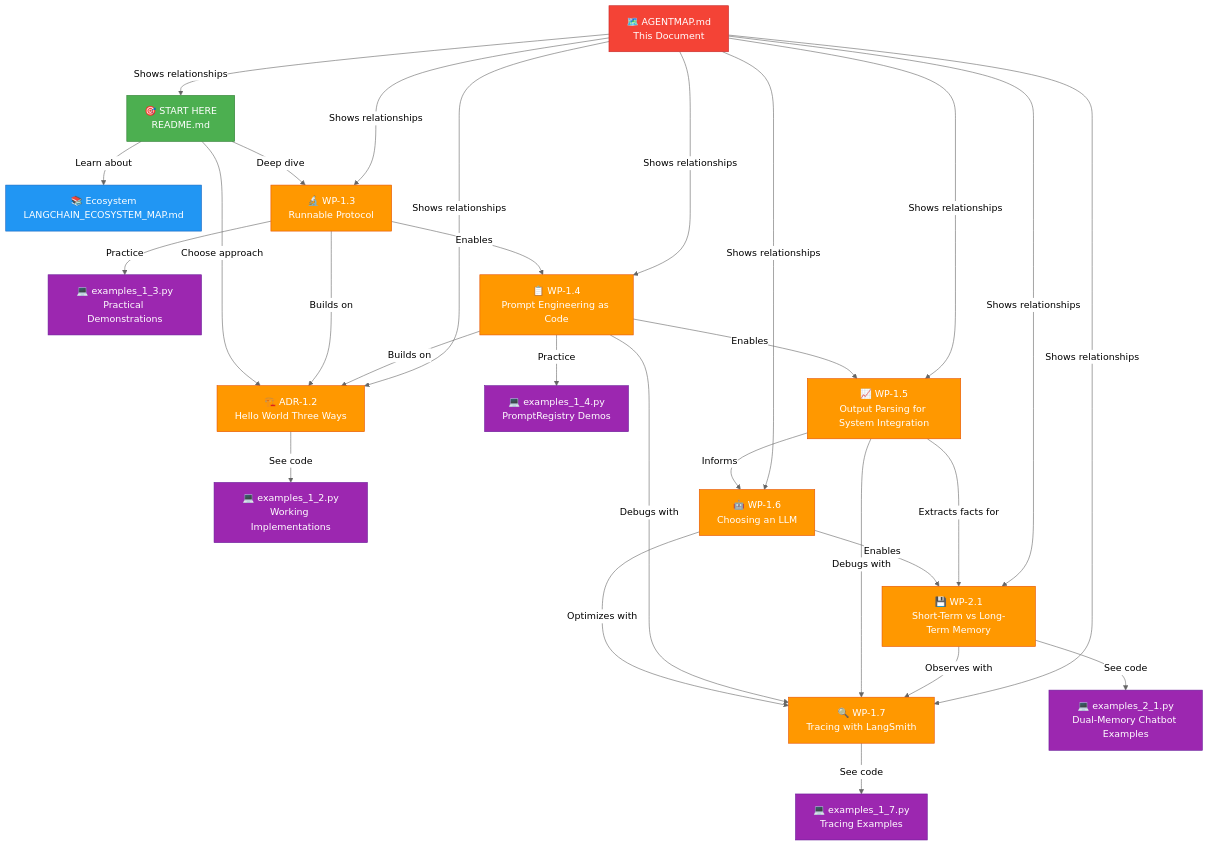
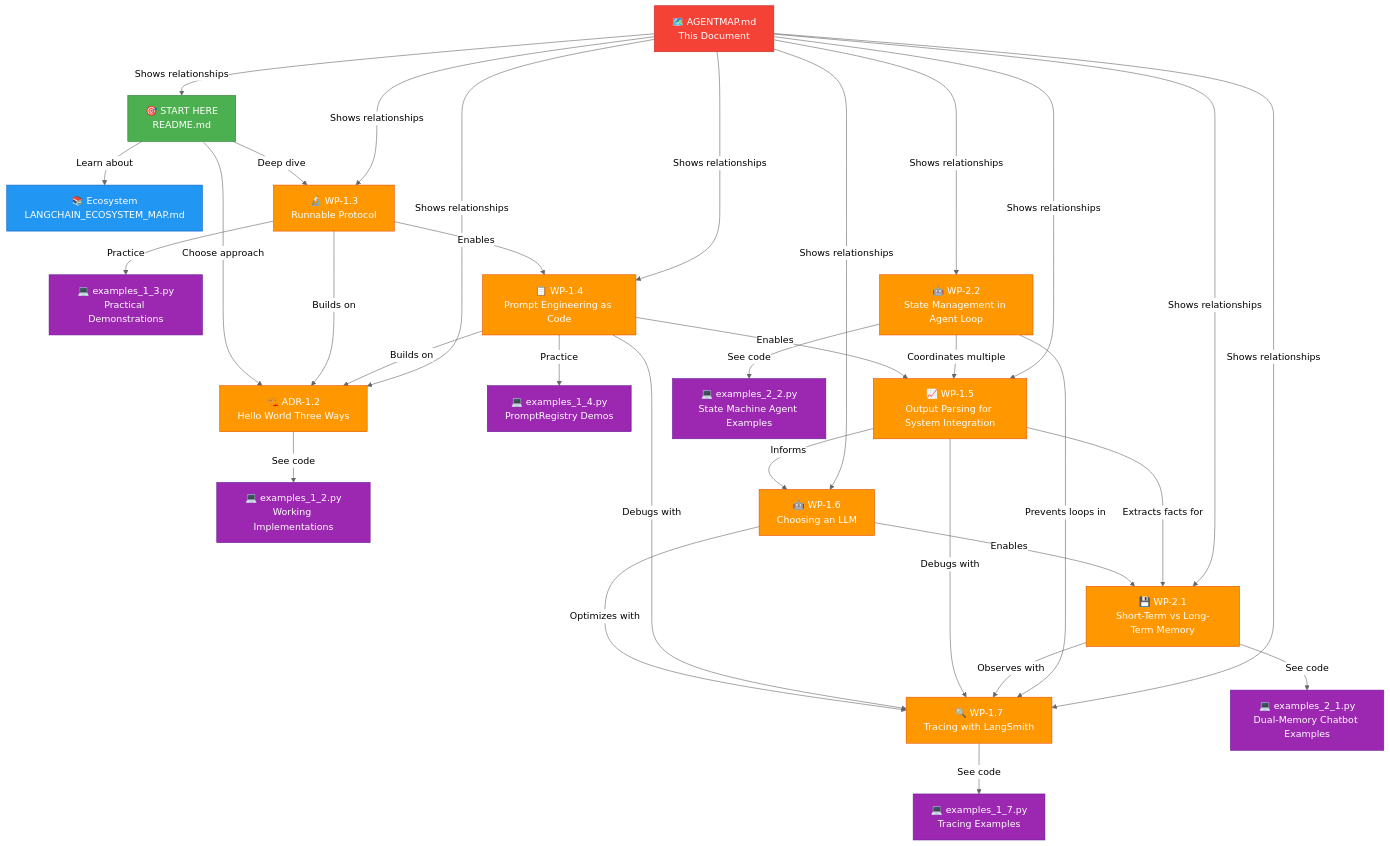
One commit to pristley/ai-architecture-blueprints changed the diagram in AGENTMAP.md. Above: the diagram before and after it, drawn with Mermaid (neutral theme). The commit also changed other lines of this file and 4 other files, not shown here.

First line of the commit message:
feat: Add WP-2.2 State Management in Single-Agent Loop

````diff
--- a/AGENTMAP.md
+++ b/AGENTMAP.md
@@ -11,62 +11,70 @@
 ```mermaid
 graph TB
     START["🎯 START HERE<br/>README.md"] 
     ECOSYSTEM["📚 Ecosystem<br/>LANGCHAIN_ECOSYSTEM_MAP.md"]
     ADR12["🏗️ ADR-1.2<br/>Hello World Three Ways"]
     EX12["💻 examples_1_2.py<br/>Working Implementations"]
     WP13["🔬 WP-1.3<br/>Runnable Protocol"]
     EX13["💻 examples_1_3.py<br/>Practical Demonstrations"]
     WP14["📋 WP-1.4<br/>Prompt Engineering as Code"]
     EX14["💻 examples_1_4.py<br/>PromptRegistry Demos"]
     WP15["📈 WP-1.5<br/>Output Parsing for System Integration"]
     WP16["🤖 WP-1.6<br/>Choosing an LLM"]
     WP17["🔍 WP-1.7<br/>Tracing with LangSmith"]
     EX17["💻 examples_1_7.py<br/>Tracing Examples"]
     WP21["💾 WP-2.1<br/>Short-Term vs Long-Term Memory"]
     EX21["💻 examples_2_1.py<br/>Dual-Memory Chatbot Examples"]
+    WP22["🤖 WP-2.2<br/>State Management in Agent Loop"]
+    EX22["💻 examples_2_2.py<br/>State Machine Agent Examples"]
     AGENTMAP["🗺️ AGENTMAP.md<br/>This Document"]
     
     START -->|Learn about| ECOSYSTEM
     START -->|Choose approach| ADR12
     ADR12 -->|See code| EX12
     START -->|Deep dive| WP13
     WP13 -->|Practice| EX13
     WP13 -->|Builds on| ADR12
     WP13 -->|Enables| WP14
     WP14 -->|Enables| WP15
     WP15 -->|Informs| WP16
     WP14 -->|Practice| EX14
     WP14 -->|Builds on| ADR12
     WP16 -->|Optimizes with| WP17
     WP14 -->|Debugs with| WP17
     WP15 -->|Debugs with| WP17
     WP17 -->|See code| EX17
     WP16 -->|Enables| WP21
     WP15 -->|Extracts facts for| WP21
     WP21 -->|See code| EX21
     WP21 -->|Observes with| WP17
+    WP22 -->|See code| EX22
+    WP22 -->|Prevents loops in| WP17
+    WP22 -->|Coordinates multiple| WP15
     AGENTMAP -->|Shows relationships| START
     AGENTMAP -->|Shows relationships| ADR12
     AGENTMAP -->|Shows relationships| WP13
     AGENTMAP -->|Shows relationships| WP14
     AGENTMAP -->|Shows relationships| WP15
     AGENTMAP -->|Shows relationships| WP16
     AGENTMAP -->|Shows relationships| WP17
     AGENTMAP -->|Shows relationships| WP21
+    AGENTMAP -->|Shows relationships| WP22
     
     style START fill:#4CAF50,stroke:#2E7D32,color:#fff
     style ECOSYSTEM fill:#2196F3,stroke:#1565C0,color:#fff
     style ADR12 fill:#FF9800,stroke:#E65100,color:#fff
     style EX12 fill:#9C27B0,stroke:#6A1B9A,color:#fff
     style WP13 fill:#FF9800,stroke:#E65100,color:#fff
     style EX13 fill:#9C27B0,stroke:#6A1B9A,color:#fff
     style WP14 fill:#FF9800,stroke:#E65100,color:#fff
     style EX14 fill:#9C27B0,stroke:#6A1B9A,color:#fff
     style WP15 fill:#FF9800,stroke:#E65100,color:#fff
     style WP16 fill:#FF9800,stroke:#E65100,color:#fff
     style WP17 fill:#FF9800,stroke:#E65100,color:#fff
     style EX17 fill:#9C27B0,stroke:#6A1B9A,color:#fff
     style WP21 fill:#FF9800,stroke:#E65100,color:#fff
     style EX21 fill:#9C27B0,stroke:#6A1B9A,color:#fff
+    style WP22 fill:#FF9800,stroke:#E65100,color:#fff
+    style EX22 fill:#9C27B0,stroke:#6A1B9A,color:#fff
     style AGENTMAP fill:#F44336,stroke:#C62828,color:#fff
 ```
````
